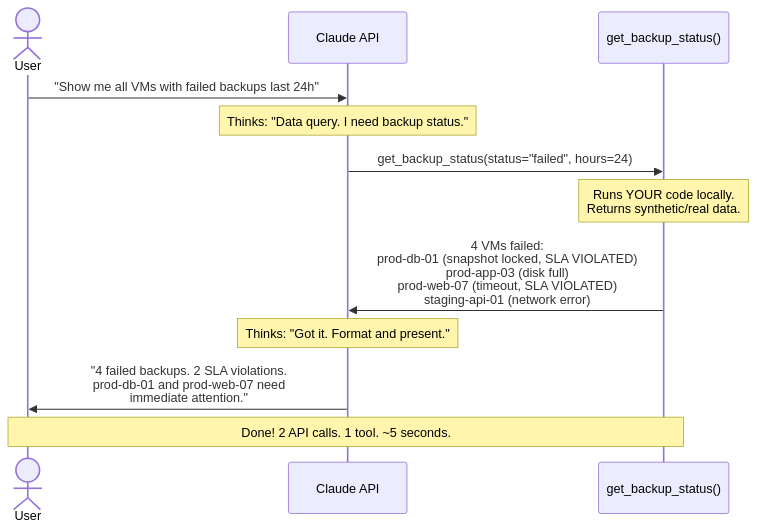
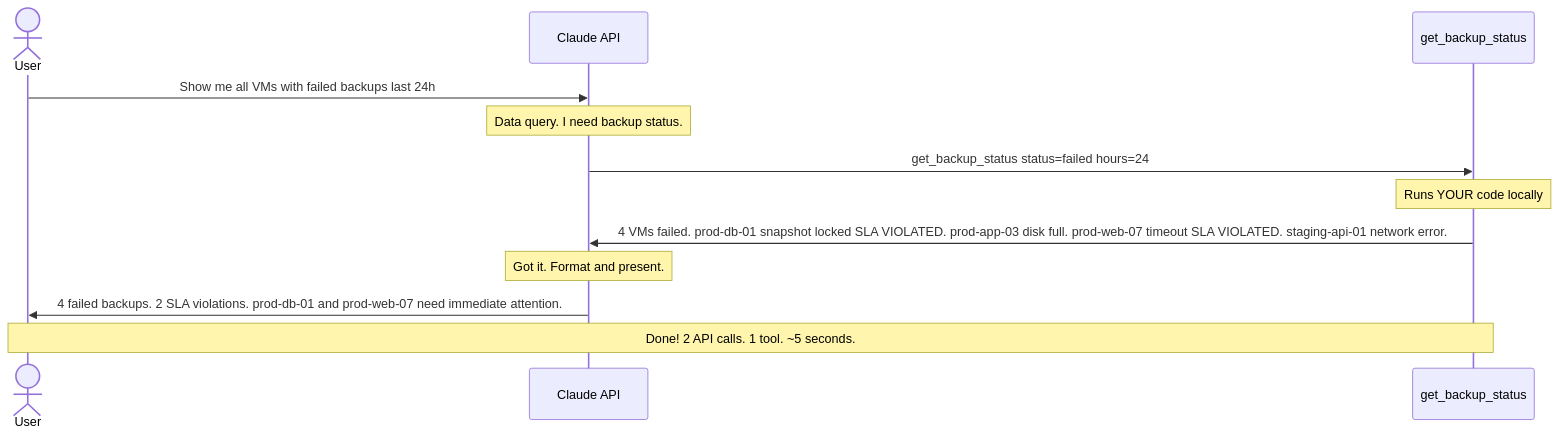
Before and after one commit to arjuntony/storage-oncall-agent-blueprint: the fifth of 9 diagrams in STORY.md, drawn with Mermaid. The commit also changed other lines of this file, not shown here.

First line of the commit message:
Fix Mermaid diagrams for GitHub rendering

````diff
--- a/STORY.md
+++ b/STORY.md
@@ -159,19 +159,19 @@
 ```mermaid
 sequenceDiagram
     actor User
     participant Claude as Claude API
-    participant Tool as get_backup_status()
+    participant Tool as get_backup_status
 
-    User->>Claude: "Show me all VMs with failed backups last 24h"
-    
-    Note over Claude: Thinks: "Data query. I need backup status."
-    Claude->>Tool: get_backup_status(status="failed", hours=24)
-    
-    Note over Tool: Runs YOUR code locally.<br/>Returns synthetic/real data.
-    Tool->>Claude: 4 VMs failed:<br/>prod-db-01 (snapshot locked, SLA VIOLATED)<br/>prod-app-03 (disk full)<br/>prod-web-07 (timeout, SLA VIOLATED)<br/>staging-api-01 (network error)
-    
-    Note over Claude: Thinks: "Got it. Format and present."
-    Claude->>User: "4 failed backups. 2 SLA violations.<br/>prod-db-01 and prod-web-07 need<br/>immediate attention."
+    User->>Claude: Show me all VMs with failed backups last 24h
+
+    Note over Claude: Data query. I need backup status.
+    Claude->>Tool: get_backup_status status=failed hours=24
+
+    Note over Tool: Runs YOUR code locally
+    Tool->>Claude: 4 VMs failed. prod-db-01 snapshot locked SLA VIOLATED. prod-app-03 disk full. prod-web-07 timeout SLA VIOLATED. staging-api-01 network error.
+
+    Note over Claude: Got it. Format and present.
+    Claude->>User: 4 failed backups. 2 SLA violations. prod-db-01 and prod-web-07 need immediate attention.
 
     Note over User,Tool: Done! 2 API calls. 1 tool. ~5 seconds.
 ```
````
